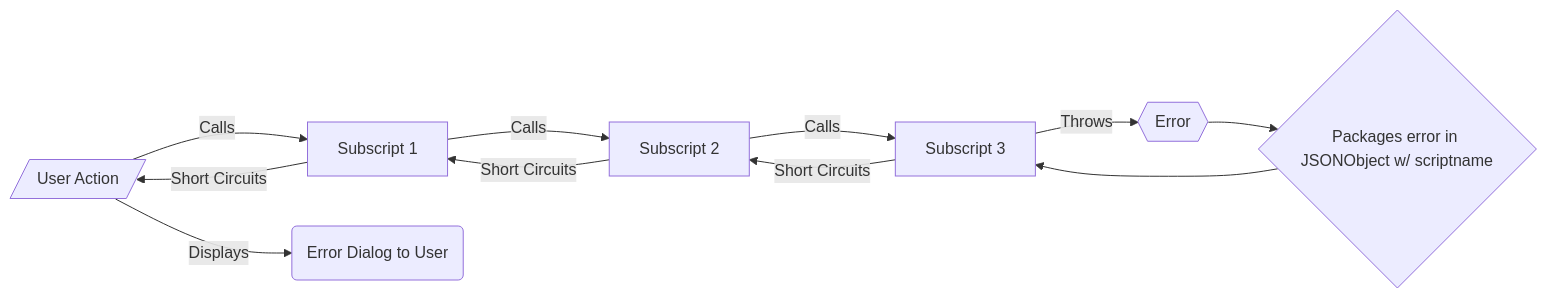
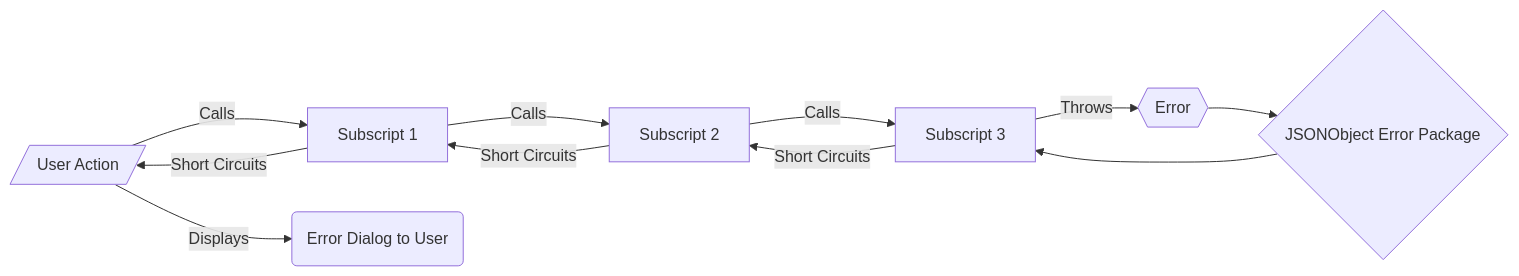
Before and after one commit to CloudChi/FX-Framework: the second of 2 diagrams in Diagram Error Flow - Common.md, drawn with Mermaid.

Commit message:
Update Diagram Error Flow - Common.md

````diff
--- a/Diagram Error Flow - Common.md
+++ b/Diagram Error Flow - Common.md
@@ -22,13 +22,13 @@
 ```mermaid
 graph LR
     A[/User Action/] -- Calls --> B[Subscript 1] 
     B -- Calls --> C[Subscript 2] 
     C -- Calls --> D[Subscript 3] 
     D -- Throws --> E{{Error}}
-    E --> F{Packages error in JSONObject w/ scriptname}
+    E --> F{JSONObject Error Package}
     F --> D
     D -- Short Circuits --> C
     C -- Short Circuits --> B
     B -- Short Circuits --> A
     A -- Displays --> G(Error Dialog to User)
 ```
````
